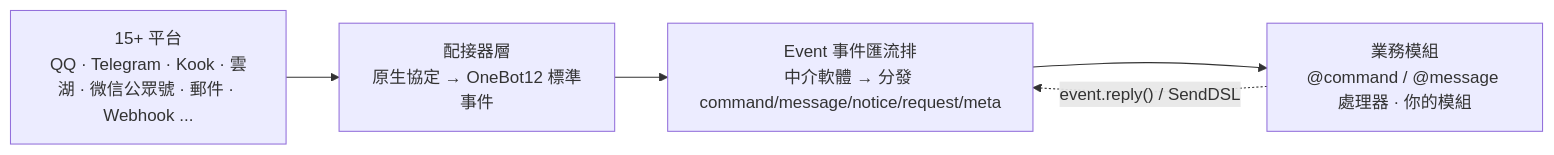
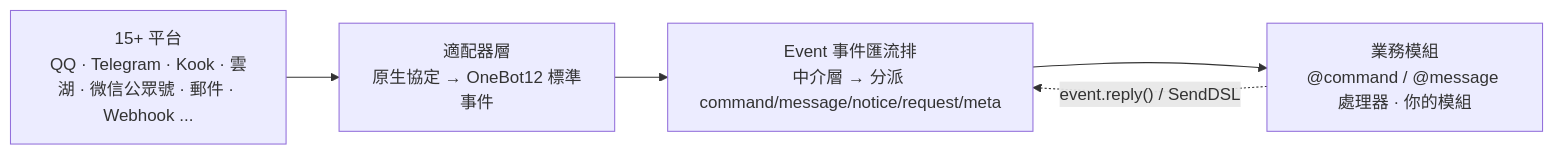
The first of 2 diagrams in README.zh-TW.md (ErisPulse/ErisPulse), drawn with Mermaid before and after one commit. The commit also changed other lines of this file and 7 other files, not shown here.

````diff
--- a/README.zh-TW.md
+++ b/README.zh-TW.md
@@ -113,9 +113,9 @@
 ```mermaid
 graph LR
     P["15+ 平台<br/>QQ · Telegram · Kook · 雲湖 · 微信公眾號 · 郵件 · Webhook ..."]
-    A["配接器層<br/>原生協定 → OneBot12 標準事件"]
-    Event["Event 事件匯流排<br/>中介軟體 → 分發 command/message/notice/request/meta"]
+    A["適配器層<br/>原生協定 → OneBot12 標準事件"]
+    Event["Event 事件匯流排<br/>中介層 → 分派 command/message/notice/request/meta"]
     M["業務模組<br/>@command / @message 處理器 · 你的模組"]
     P --> A --> Event --> M
     M -.->|"event.reply() / SendDSL"| Event
 ```
````
